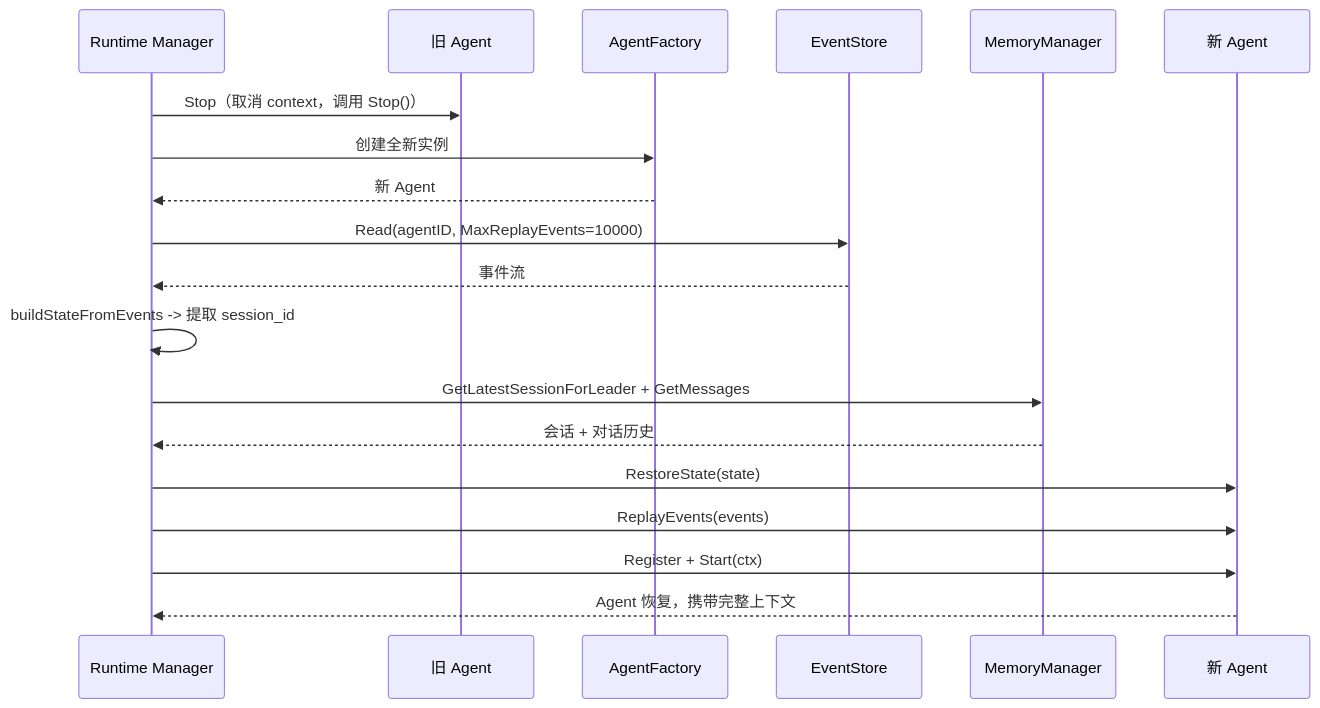
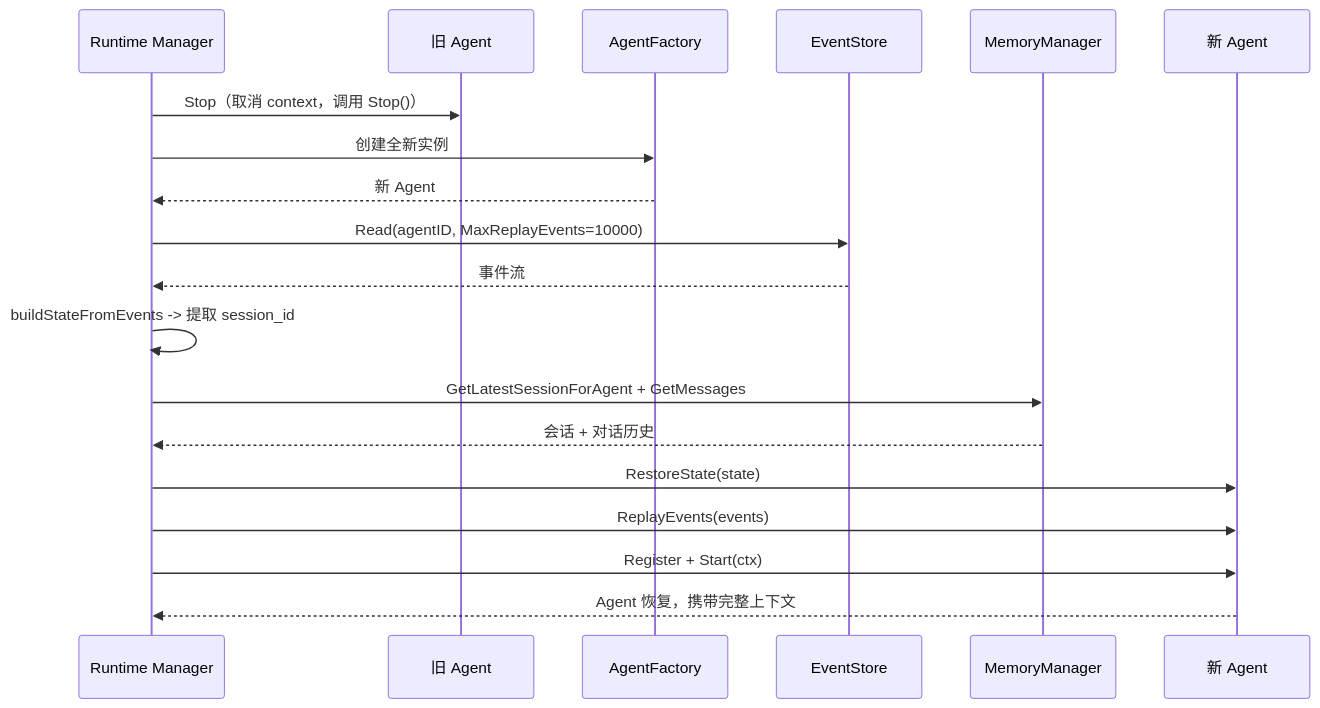
One commit to Timwood0x10/ARES changed the fourth of 6 diagrams in docs/zh/features/agent-recovery.md. Above: the diagram before and after it, drawn with Mermaid. The commit also changed other lines of this file and 31 other files, not shown here.

````diff
--- a/docs/zh/features/agent-recovery.md
+++ b/docs/zh/features/agent-recovery.md
@@ -159,25 +159,25 @@
 ```mermaid
 sequenceDiagram
     participant RT as Runtime Manager
     participant Old as 旧 Agent
     participant Factory as AgentFactory
     participant ES as EventStore
     participant MM as MemoryManager
     participant New as 新 Agent
 
     RT->>Old: Stop（取消 context，调用 Stop()）
     RT->>Factory: 创建全新实例
     Factory-->>RT: 新 Agent
 
     RT->>ES: Read(agentID, MaxReplayEvents=10000)
     ES-->>RT: 事件流
 
     RT->>RT: buildStateFromEvents -> 提取 session_id
-    RT->>MM: GetLatestSessionForLeader + GetMessages
+    RT->>MM: GetLatestSessionForAgent + GetMessages
     MM-->>RT: 会话 + 对话历史
 
     RT->>New: RestoreState(state)
     RT->>New: ReplayEvents(events)
     RT->>New: Register + Start(ctx)
     New-->>RT: Agent 恢复，携带完整上下文
 ```
````
